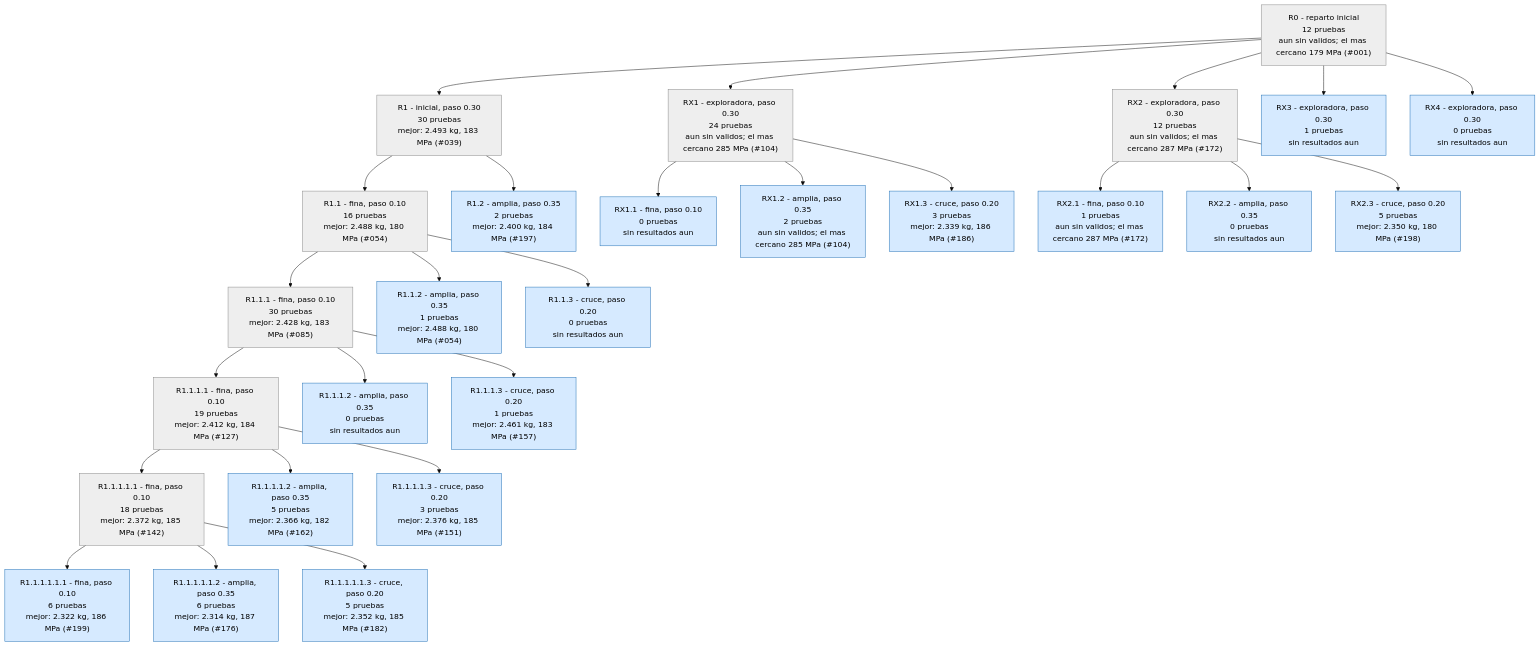
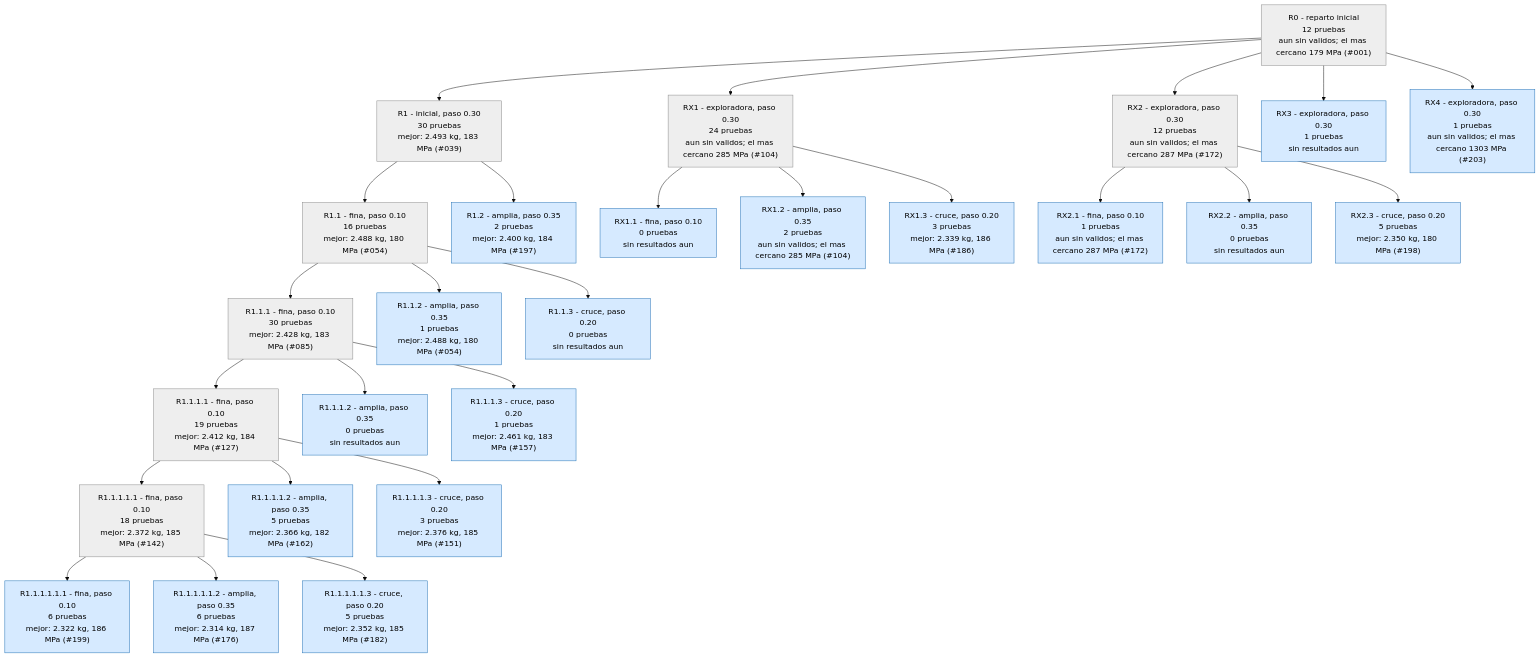
One commit to Hugiko/msd-soporte-optimizacion changed the second of 4 diagrams in runs/opt_37800N/ARBOL.md. Above: the diagram before and after it, drawn with Mermaid (base theme). The commit also changed 21 other files, not shown here.

````diff
--- a/runs/opt_37800N/ARBOL.md
+++ b/runs/opt_37800N/ARBOL.md
@@ -45,57 +45,57 @@
 ```mermaid
 graph TD
 classDef activa fill:#d6eaff,stroke:#1f6fb5,color:#000
 classDef fin fill:#eeeeee,stroke:#888,color:#000
 classDef mejor fill:#c8f0c0,stroke:#1a9850,stroke-width:4px,color:#000
 R0["R0 - reparto inicial<br/>12 pruebas<br/>aun sin validos; el mas cercano 179 MPa (#001)"]:::fin
 R1["R1 - inicial, paso 0.30<br/>30 pruebas<br/>mejor: 2.493 kg, 183 MPa (#039)"]:::fin
 R0 --> R1
 R1_1["R1.1 - fina, paso 0.10<br/>16 pruebas<br/>mejor: 2.488 kg, 180 MPa (#054)"]:::fin
 R1 --> R1_1
 R1_2["R1.2 - amplia, paso 0.35<br/>2 pruebas<br/>mejor: 2.400 kg, 184 MPa (#197)"]:::activa
 R1 --> R1_2
 R1_1_1["R1.1.1 - fina, paso 0.10<br/>30 pruebas<br/>mejor: 2.428 kg, 183 MPa (#085)"]:::fin
 R1_1 --> R1_1_1
 R1_1_2["R1.1.2 - amplia, paso 0.35<br/>1 pruebas<br/>mejor: 2.488 kg, 180 MPa (#054)"]:::activa
 R1_1 --> R1_1_2
 R1_1_3["R1.1.3 - cruce, paso 0.20<br/>0 pruebas<br/>sin resultados aun"]:::activa
 R1_1 --> R1_1_3
 R1_1_1_1["R1.1.1.1 - fina, paso 0.10<br/>19 pruebas<br/>mejor: 2.412 kg, 184 MPa (#127)"]:::fin
 R1_1_1 --> R1_1_1_1
 R1_1_1_2["R1.1.1.2 - amplia, paso 0.35<br/>0 pruebas<br/>sin resultados aun"]:::activa
 R1_1_1 --> R1_1_1_2
 R1_1_1_3["R1.1.1.3 - cruce, paso 0.20<br/>1 pruebas<br/>mejor: 2.461 kg, 183 MPa (#157)"]:::activa
 R1_1_1 --> R1_1_1_3
 RX1["RX1 - exploradora, paso 0.30<br/>24 pruebas<br/>aun sin validos; el mas cercano 285 MPa (#104)"]:::fin
 R0 --> RX1
 RX1_1["RX1.1 - fina, paso 0.10<br/>0 pruebas<br/>sin resultados aun"]:::activa
 RX1 --> RX1_1
 RX1_2["RX1.2 - amplia, paso 0.35<br/>2 pruebas<br/>aun sin validos; el mas cercano 285 MPa (#104)"]:::activa
 RX1 --> RX1_2
 RX1_3["RX1.3 - cruce, paso 0.20<br/>3 pruebas<br/>mejor: 2.339 kg, 186 MPa (#186)"]:::activa
 RX1 --> RX1_3
 R1_1_1_1_1["R1.1.1.1.1 - fina, paso 0.10<br/>18 pruebas<br/>mejor: 2.372 kg, 185 MPa (#142)"]:::fin
 R1_1_1_1 --> R1_1_1_1_1
 R1_1_1_1_2["R1.1.1.1.2 - amplia, paso 0.35<br/>5 pruebas<br/>mejor: 2.366 kg, 182 MPa (#162)"]:::activa
 R1_1_1_1 --> R1_1_1_1_2
 R1_1_1_1_3["R1.1.1.1.3 - cruce, paso 0.20<br/>3 pruebas<br/>mejor: 2.376 kg, 185 MPa (#151)"]:::activa
 R1_1_1_1 --> R1_1_1_1_3
 R1_1_1_1_1_1["R1.1.1.1.1.1 - fina, paso 0.10<br/>6 pruebas<br/>mejor: 2.322 kg, 186 MPa (#199)"]:::activa
 R1_1_1_1_1 --> R1_1_1_1_1_1
 R1_1_1_1_1_2["R1.1.1.1.1.2 - amplia, paso 0.35<br/>6 pruebas<br/>mejor: 2.314 kg, 187 MPa (#176)"]:::activa
 R1_1_1_1_1 --> R1_1_1_1_1_2
 R1_1_1_1_1_3["R1.1.1.1.1.3 - cruce, paso 0.20<br/>5 pruebas<br/>mejor: 2.352 kg, 185 MPa (#182)"]:::activa
 R1_1_1_1_1 --> R1_1_1_1_1_3
 RX2["RX2 - exploradora, paso 0.30<br/>12 pruebas<br/>aun sin validos; el mas cercano 287 MPa (#172)"]:::fin
 R0 --> RX2
 RX2_1["RX2.1 - fina, paso 0.10<br/>1 pruebas<br/>aun sin validos; el mas cercano 287 MPa (#172)"]:::activa
 RX2 --> RX2_1
 RX2_2["RX2.2 - amplia, paso 0.35<br/>0 pruebas<br/>sin resultados aun"]:::activa
 RX2 --> RX2_2
 RX2_3["RX2.3 - cruce, paso 0.20<br/>5 pruebas<br/>mejor: 2.350 kg, 180 MPa (#198)"]:::activa
 RX2 --> RX2_3
 RX3["RX3 - exploradora, paso 0.30<br/>1 pruebas<br/>sin resultados aun"]:::activa
 R0 --> RX3
-RX4["RX4 - exploradora, paso 0.30<br/>0 pruebas<br/>sin resultados aun"]:::activa
+RX4["RX4 - exploradora, paso 0.30<br/>1 pruebas<br/>aun sin validos; el mas cercano 1303 MPa (#203)"]:::activa
 R0 --> RX4
 ```
````
